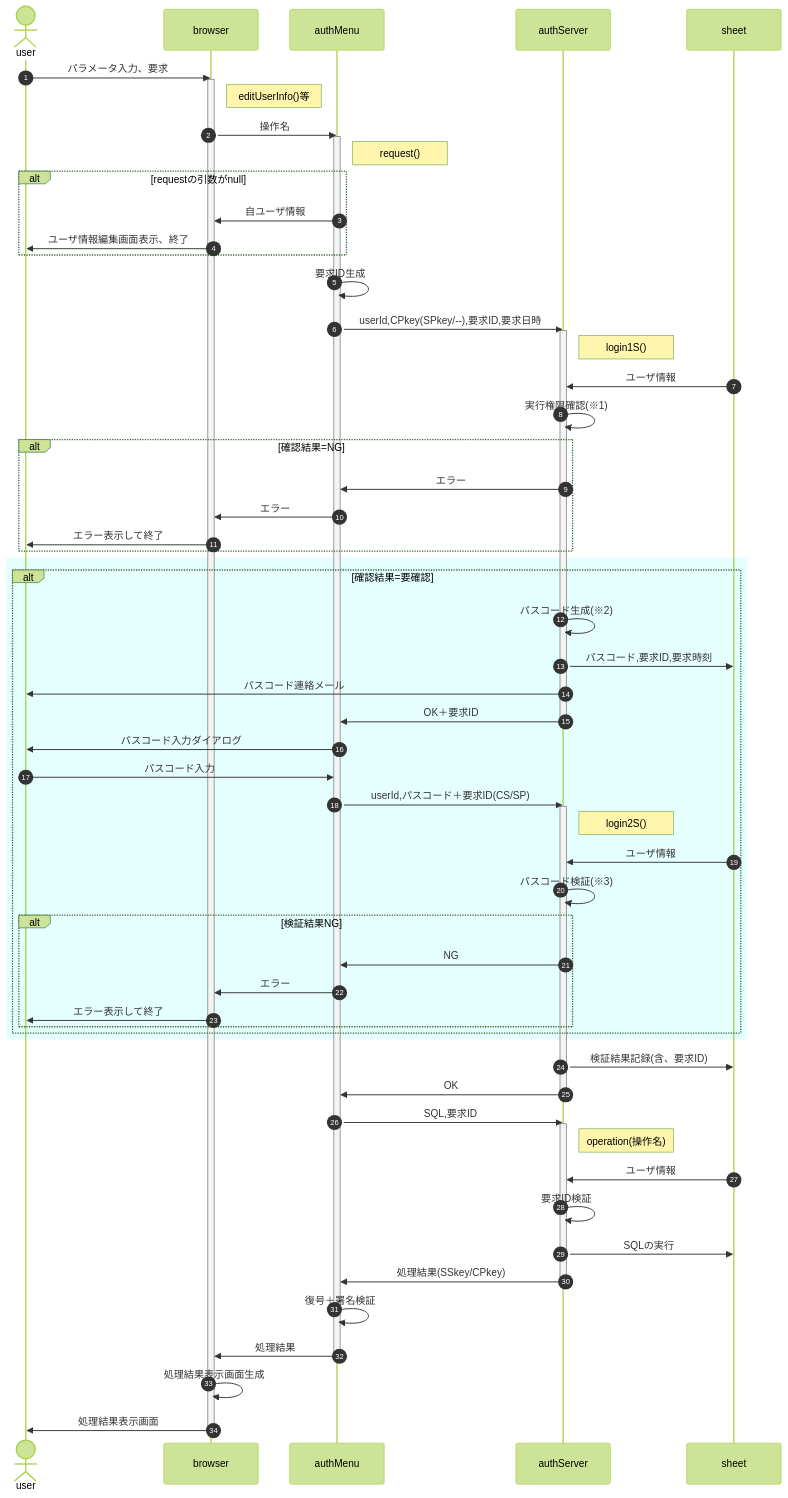
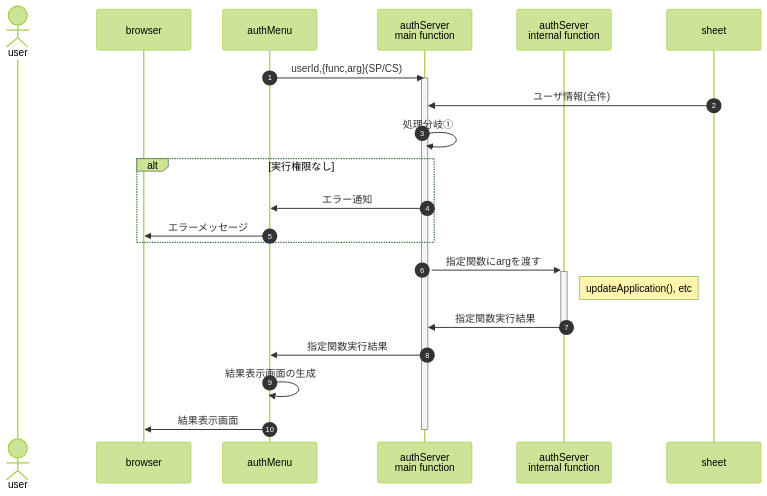
One commit to nakaone/library changed the third of 5 diagrams in authMenu/1.0.0/readme.md. Above: the diagram before and after it, drawn with Mermaid (forest theme). The commit also changed other lines of this file and 3 other files, not shown here.

````diff
--- a/authMenu/1.0.0/readme.md
+++ b/authMenu/1.0.0/readme.md
@@ -3409,71 +2819,30 @@
 ```mermaid
 sequenceDiagram
   autonumber
   actor user
   participant browser
   participant client as authMenu
-  participant server as authServer
+  participant server as authServer<br>main function
+  participant method as authServer<br>internal function
   participant sheet
 
-  user ->> browser : パラメータ入力、要求
-  activate browser
-  Note right of browser : editUserInfo()等
-  browser ->> client : 操作名
-  activate client
-  Note right of client : request()
-  alt requestの引数がnull
-    client ->> browser : 自ユーザ情報
-    browser ->> user : ユーザ情報編集画面表示、終了
+  client ->> server : userId,{func,arg}(SP/CS)
+  activate server
+  sheet ->> server : ユーザ情報(全件)
+  server ->> server : 処理分岐①
+  alt 実行権限なし
+    server ->> client : エラー通知
+    client ->> browser : エラーメッセージ
   end
 
-  client ->> client : 要求ID生成
-  client ->> server : userId,CPkey(SPkey/--),要求ID,要求日時
-  activate server
-  Note right of server : login1S()
-  sheet ->> server : ユーザ情報
-  server ->> server : 実行権限確認(※1)
-  alt 確認結果=NG
-    server ->> client : エラー
-    client ->> browser : エラー
-    browser ->> user : エラー表示して終了
-  end
-  rect rgba(0, 255, 255, 0.1)
-    alt 確認結果=要確認
-      server ->> server : パスコード生成(※2)
-      server ->> sheet : パスコード,要求ID,要求時刻
-      server ->> user : パスコード連絡メール
-      server ->> client : OK＋要求ID
-      deactivate server
+  server ->>+ method : 指定関数にargを渡す
+  Note right of method : updateApplication(), etc
+  method ->>- server : 指定関数実行結果
+  server ->> client : 指定関数実行結果
+  client ->> client : 結果表示画面の生成
+  client ->> browser : 結果表示画面
 
-      client ->> user : パスコード入力ダイアログ
-      user ->> client : パスコード入力
-      client ->> server : userId,パスコード＋要求ID(CS/SP)
-      activate server
-      Note right of server : login2S()
-      sheet ->> server : ユーザ情報
-      server ->> server : パスコード検証(※3)
-      alt 検証結果NG
-        server ->> client : NG
-        client ->> browser : エラー
-        browser ->> user : エラー表示して終了
-      end
-    end
-  end
-  server ->> sheet : 検証結果記録(含、要求ID)
-  server ->> client : OK
+
   deactivate server
-  client ->> server : SQL,要求ID
-  activate server
-  Note right of server : operation(操作名)
-  sheet ->> server : ユーザ情報
-  server ->> server : 要求ID検証
-  server ->> sheet  : SQLの実行
-  server ->> client : 処理結果(SSkey/CPkey)
-  deactivate server
-  client ->> client : 復号＋署名検証
-  client ->> browser : 処理結果
-  deactivate client
-  browser ->> browser : 処理結果表示画面生成
-  browser ->> user : 処理結果表示画面
-  deactivate browser
+
 ```
````
